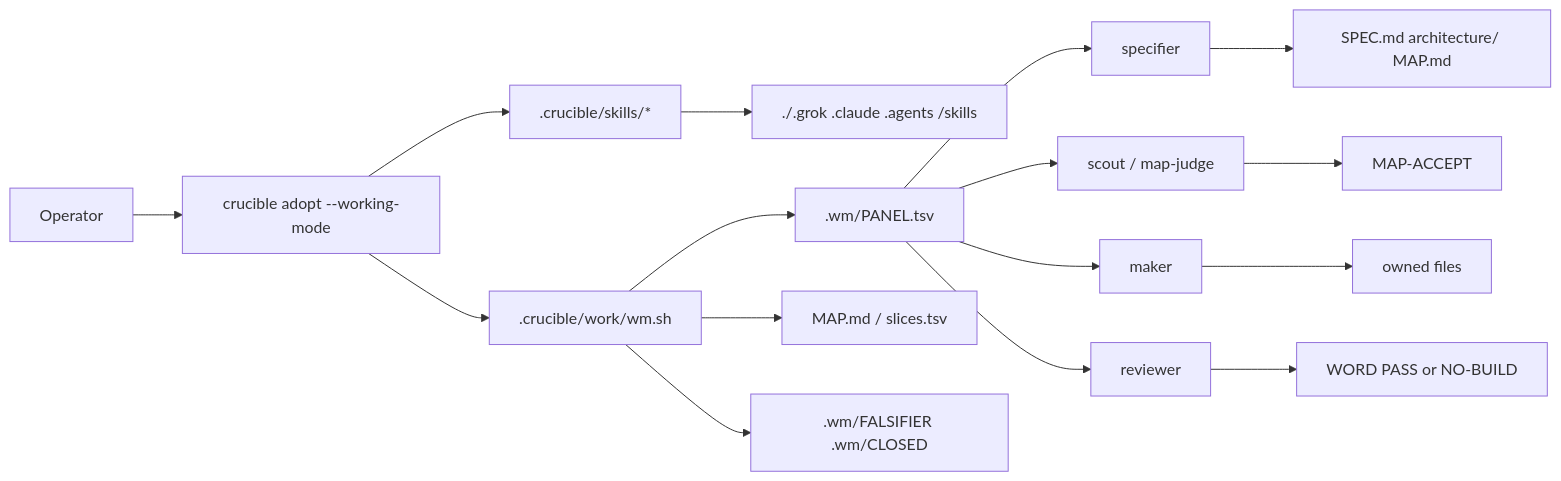
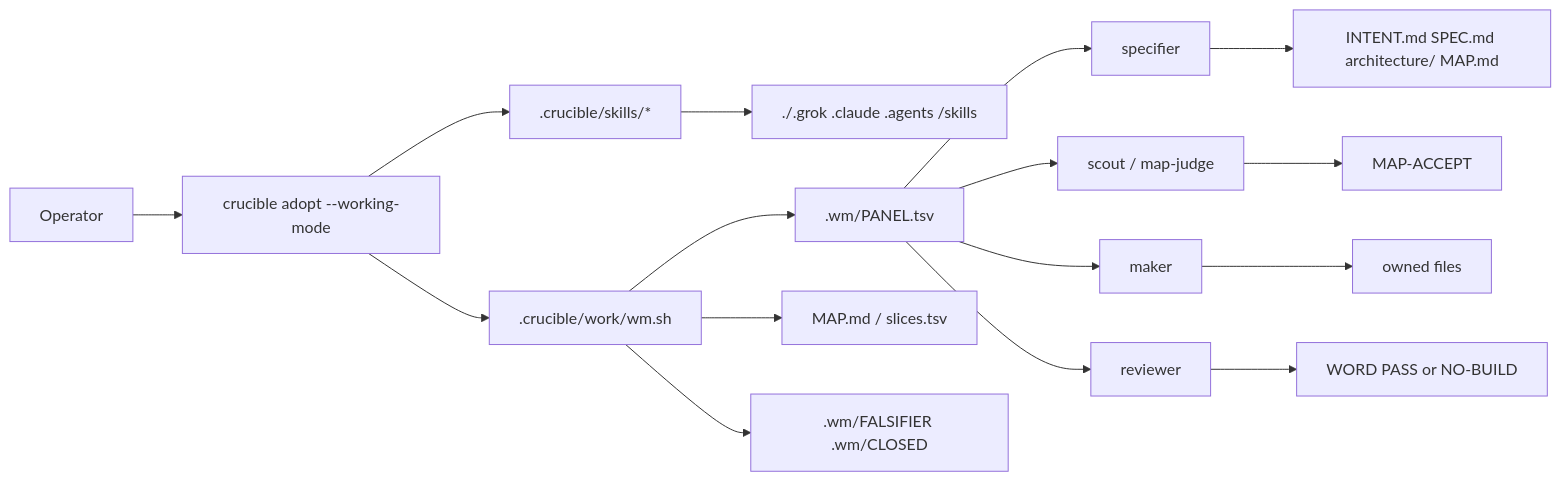
Before and after one commit to medhatgalal/crucible: the first of 3 diagrams in docs/working-mode.md, drawn with Mermaid. The commit also changed other lines of this file and 16 other files, not shown here.

````diff
--- a/docs/working-mode.md
+++ b/docs/working-mode.md
@@ -156,18 +156,18 @@
 ```mermaid
 flowchart LR
   op[Operator] --> adopt["crucible adopt --working-mode"]
   adopt --> engine[".crucible/work/wm.sh"]
   adopt --> skills[".crucible/skills/*"]
   skills --> views["./.grok .claude .agents /skills"]
   engine --> panel[".wm/PANEL.tsv"]
   engine --> map["MAP.md / slices.tsv"]
   engine --> brick[".wm/FALSIFIER .wm/CLOSED"]
   panel --> specN[specifier]
   panel --> scoutN[scout / map-judge]
   panel --> makerN[maker]
   panel --> revN[reviewer]
-  specN --> specFiles["SPEC.md architecture/ MAP.md"]
+  specN --> specFiles["INTENT.md SPEC.md architecture/ MAP.md"]
   scoutN --> accept["MAP-ACCEPT"]
   makerN --> product[owned files]
   revN --> word["WORD PASS or NO-BUILD"]
 ```
````
